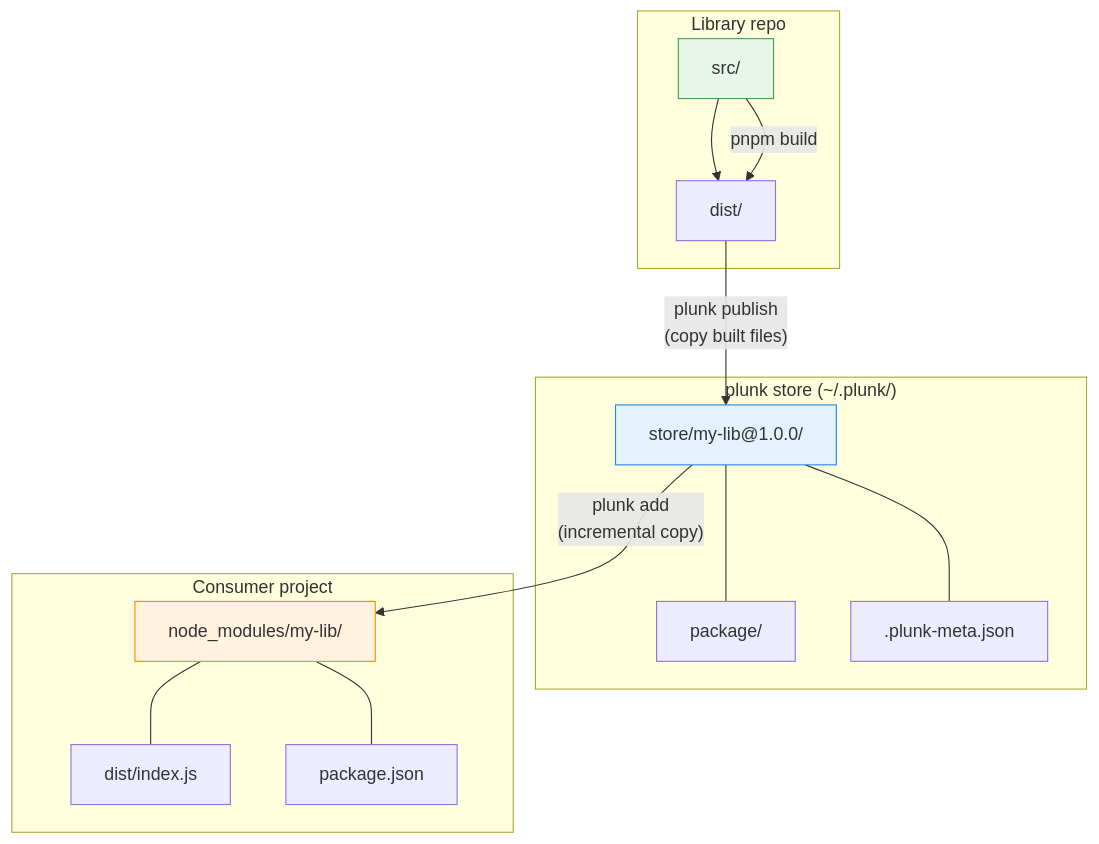
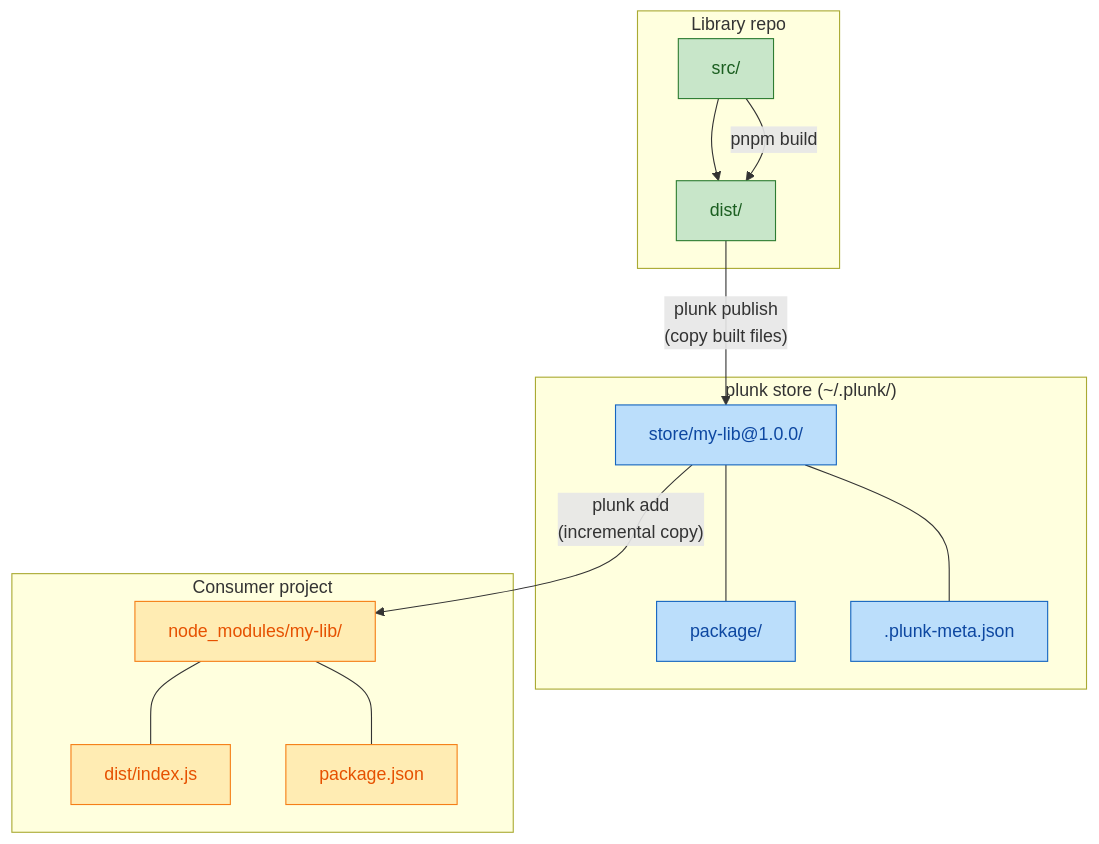
One commit to oleg-kuibar/plunk changed the first of 5 diagrams in docs/how-it-works.md. Above: the diagram before and after it, drawn with Mermaid. The commit also changed other lines of this file and 10 other files, not shown here.

First line of the commit message:
docs: theme-safe mermaid colors, tighten prose

````diff
--- a/docs/how-it-works.md
+++ b/docs/how-it-works.md
@@ -5,26 +5,31 @@
 ```mermaid
 graph TB
     subgraph "Library repo"
         A[src/] --> B[dist/]
         A --> |"pnpm build"| B
     end
 
     subgraph "plunk store (~/.plunk/)"
         C["store/my-lib@1.0.0/"]
         C --- C1[package/]
         C --- C2[.plunk-meta.json]
     end
 
     subgraph "Consumer project"
         D[node_modules/my-lib/]
         D --- D1[dist/index.js]
         D --- D2[package.json]
     end
 
     B -- "plunk publish<br/>(copy built files)" --> C
     C -- "plunk add<br/>(incremental copy)" --> D
 
-    style A fill:#e8f5e9,stroke:#43a047
-    style C fill:#e3f2fd,stroke:#1e88e5
-    style D fill:#fff3e0,stroke:#fb8c00
+    style A fill:#c8e6c9,stroke:#2e7d32,color:#1b5e20
+    style B fill:#c8e6c9,stroke:#2e7d32,color:#1b5e20
+    style C fill:#bbdefb,stroke:#1565c0,color:#0d47a1
+    style C1 fill:#bbdefb,stroke:#1565c0,color:#0d47a1
+    style C2 fill:#bbdefb,stroke:#1565c0,color:#0d47a1
+    style D fill:#ffecb3,stroke:#f57f17,color:#e65100
+    style D1 fill:#ffecb3,stroke:#f57f17,color:#e65100
+    style D2 fill:#ffecb3,stroke:#f57f17,color:#e65100
 ```
````
